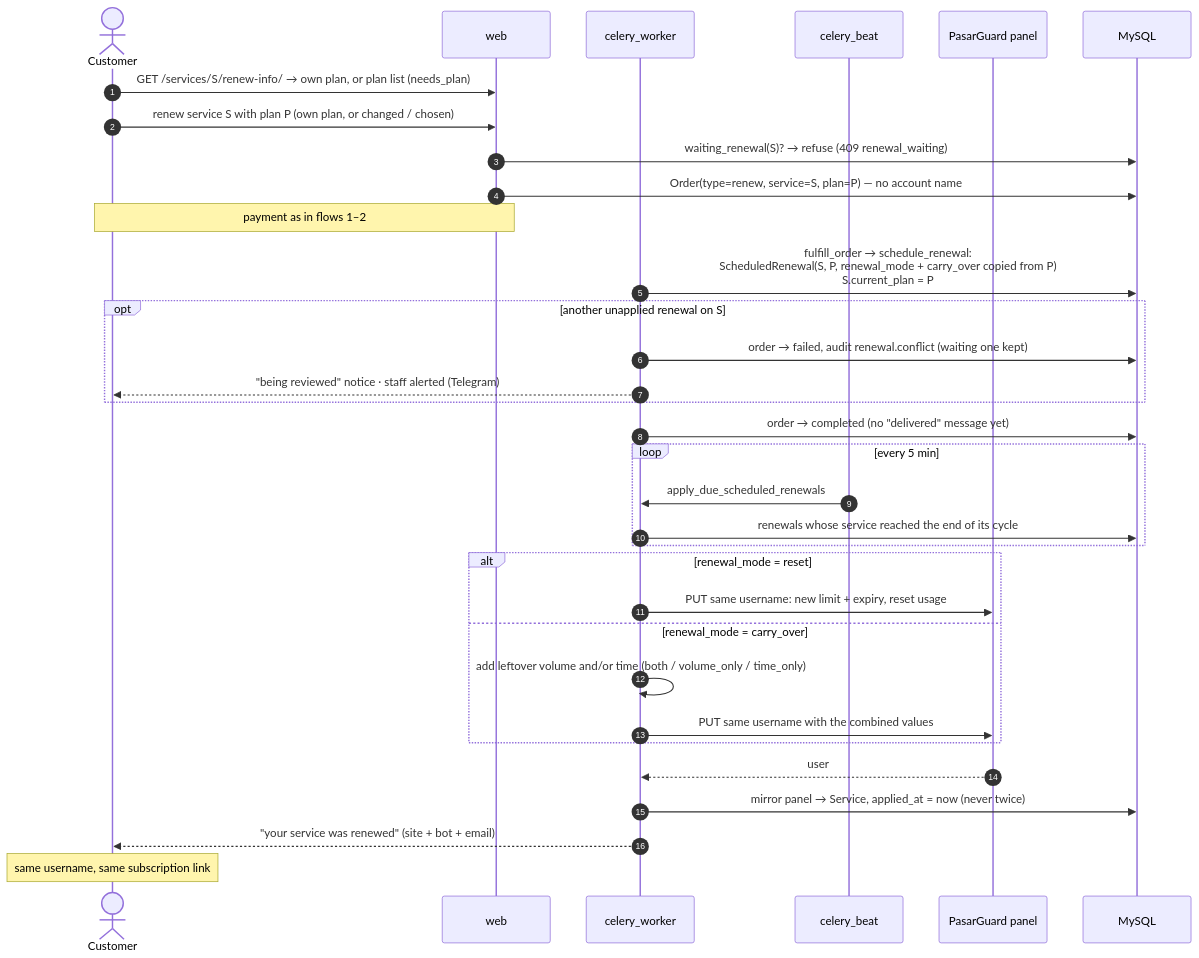
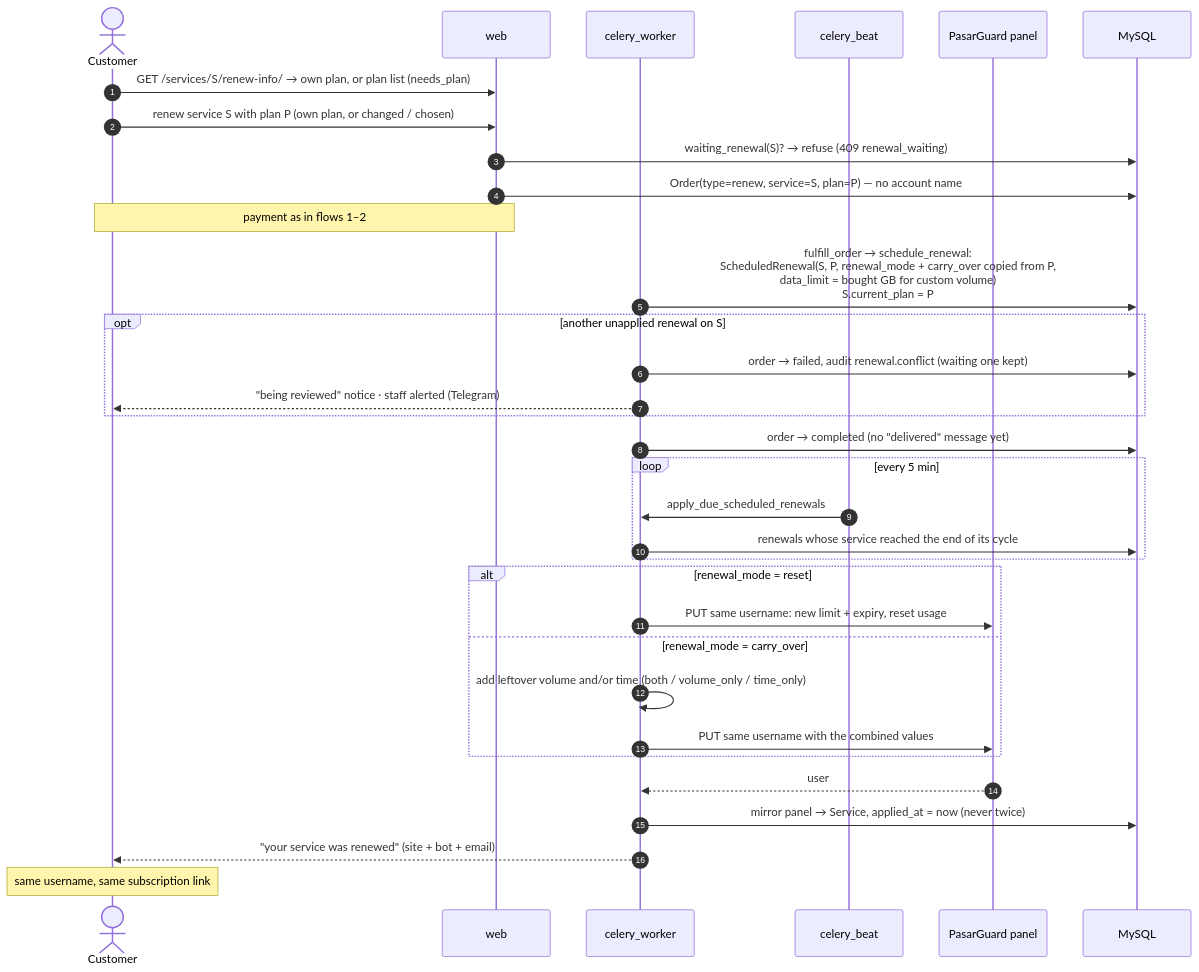
One commit to santiyagoburcart/caspintunel changed diagram 11 of 39 in docs/flows.md. Above: the diagram before and after it, drawn with Mermaid. The commit also changed other lines of this file and 59 other files, not shown here.

````diff
--- a/docs/flows.md
+++ b/docs/flows.md
@@ -363,36 +370,36 @@
 ```mermaid
 sequenceDiagram
     autonumber
     actor C as Customer
     participant API as web
     participant W as celery_worker
     participant B as celery_beat
     participant PG as PasarGuard panel
     participant DB as MySQL
 
     C->>API: GET /services/S/renew-info/ → own plan, or plan list (needs_plan)
     C->>API: renew service S with plan P (own plan, or changed / chosen)
     API->>DB: waiting_renewal(S)? → refuse (409 renewal_waiting)
     API->>DB: Order(type=renew, service=S, plan=P) — no account name
     Note over C,API: payment as in flows 1–2
-    W->>DB: fulfill_order → schedule_renewal:<br/>ScheduledRenewal(S, P, renewal_mode + carry_over copied from P)<br/>S.current_plan = P
+    W->>DB: fulfill_order → schedule_renewal:<br/>ScheduledRenewal(S, P, renewal_mode + carry_over copied from P,<br/>data_limit = bought GB for custom volume)<br/>S.current_plan = P
     opt another unapplied renewal on S
         W->>DB: order → failed, audit renewal.conflict (waiting one kept)
         W-->>C: "being reviewed" notice · staff alerted (Telegram)
     end
     W->>DB: order → completed (no "delivered" message yet)
     loop every 5 min
         B->>W: apply_due_scheduled_renewals
         W->>DB: renewals whose service reached the end of its cycle
     end
     alt renewal_mode = reset
         W->>PG: PUT same username: new limit + expiry, reset usage
     else renewal_mode = carry_over
         W->>W: add leftover volume and/or time (both / volume_only / time_only)
         W->>PG: PUT same username with the combined values
     end
     PG-->>W: user
     W->>DB: mirror panel → Service, applied_at = now (never twice)
     W-->>C: "your service was renewed" (site + bot + email)
     Note over C: same username, same subscription link
 ```
````
